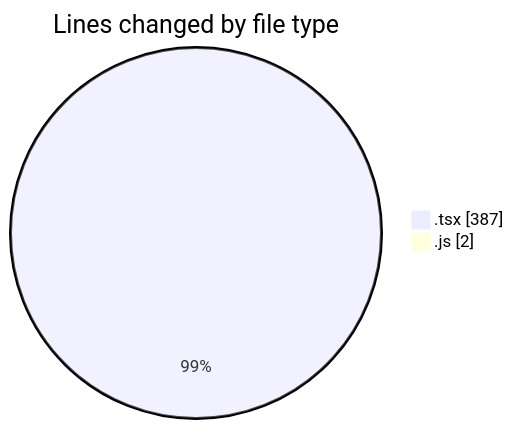
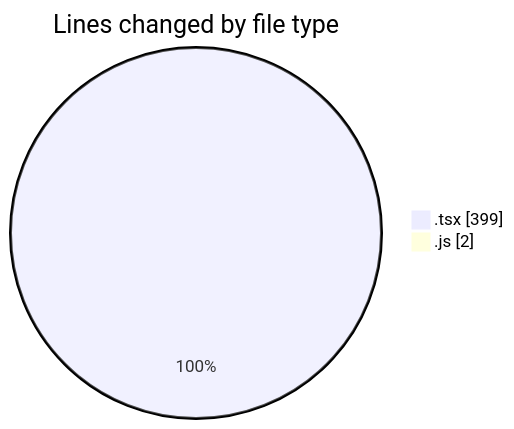
One commit to momahboobian/code-tracking changed the first of 2 diagrams in 2026-05-15/cda/README.md. Above: the diagram before and after it, drawn with Mermaid. The commit also changed other lines of this file and 1 other file, not shown here.

````diff
--- a/2026-05-15/cda/README.md
+++ b/2026-05-15/cda/README.md
@@ -24,6 +24,6 @@
 ```mermaid
 pie showData
 title Lines changed by file type
-".tsx" : 387
+".tsx" : 399
 ".js" : 2
 ```
````
